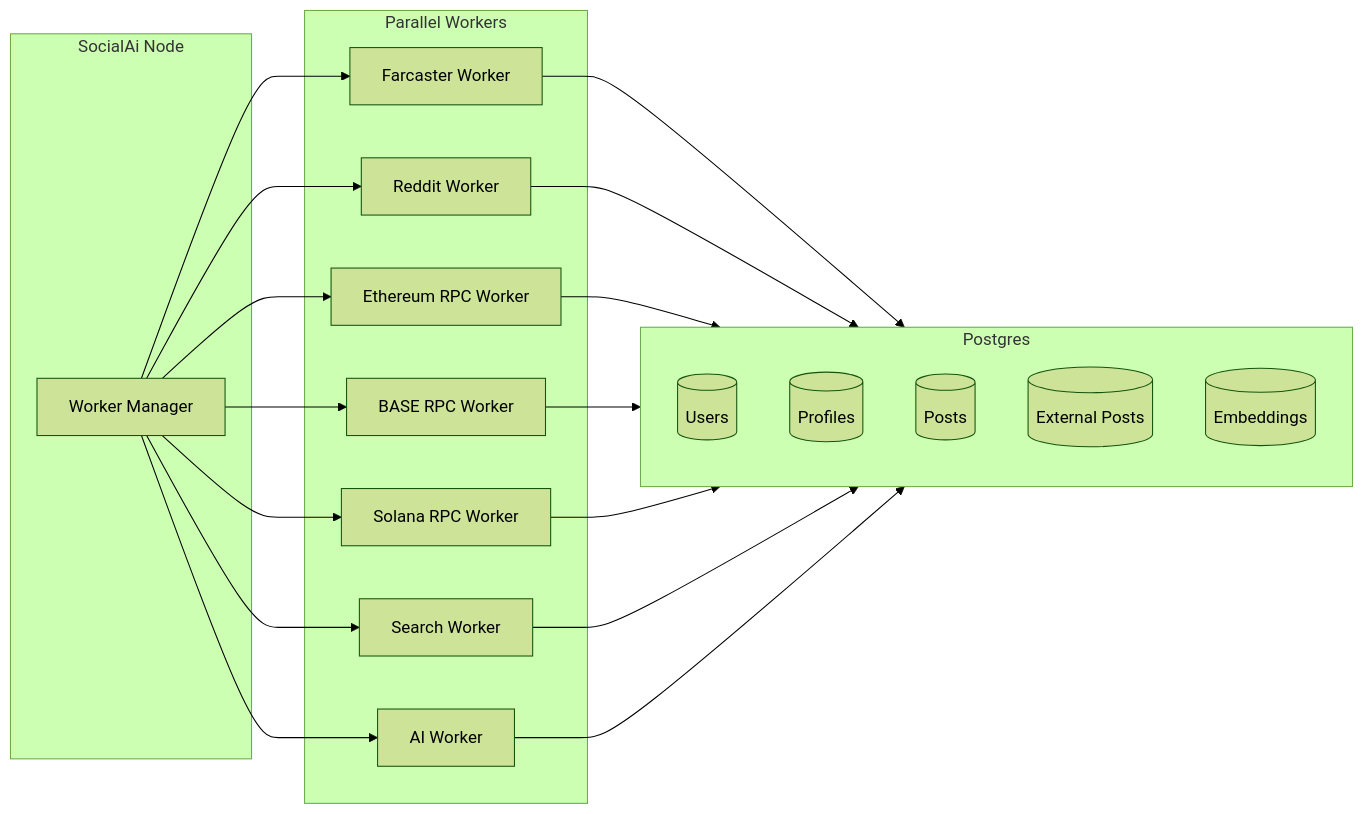
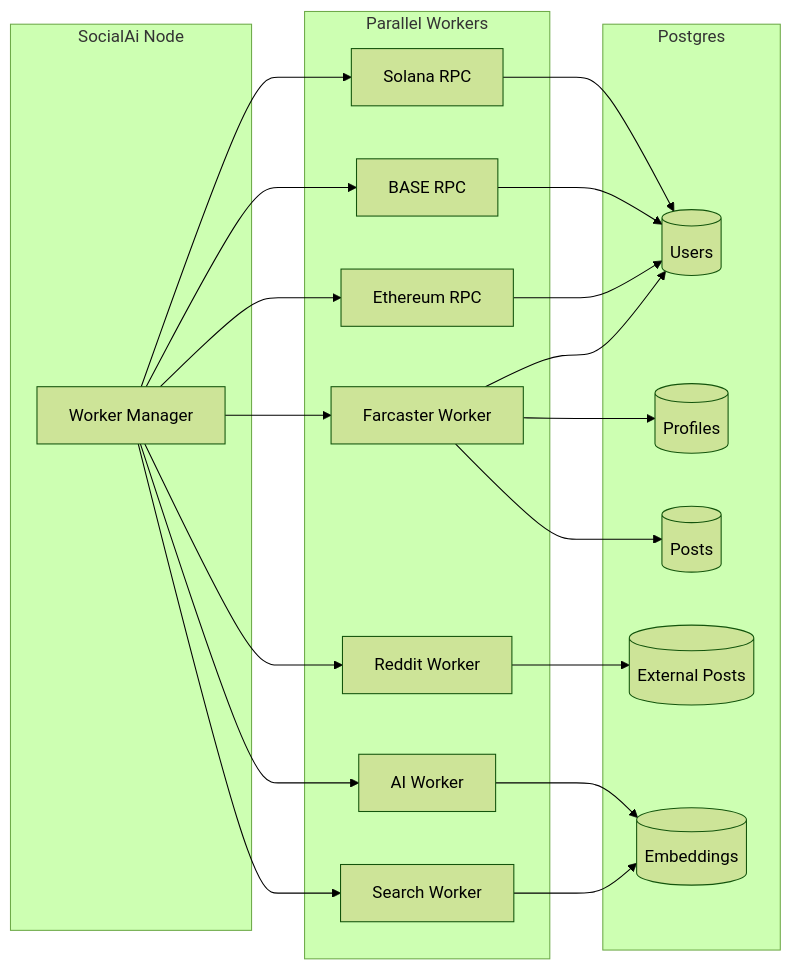
One commit to SolanaRemix/SocialAi changed the third of 3 diagrams in ARCHITECTURE.md. Above: the diagram before and after it, drawn with Mermaid (forest theme).

Commit message:
Fix worker naming consistency and database connections in orchestration diagram

````diff
--- a/ARCHITECTURE.md
+++ b/ARCHITECTURE.md
@@ -115,41 +115,43 @@
 ```mermaid
 flowchart LR
 
     subgraph Orchestrator["SocialAi Node"]
         O1[Worker Manager]
     end
 
     subgraph Workers["Parallel Workers"]
         W1[Farcaster Worker]
         W2[Reddit Worker]
-        W3[Ethereum RPC Worker]
-        W4[BASE RPC Worker]
-        W5[Solana RPC Worker]
+        W3[Ethereum RPC]
+        W4[BASE RPC]
+        W5[Solana RPC]
         W6[Search Worker]
         W7[AI Worker]
     end
 
     subgraph DB["Postgres"]
         D1[(Users)]
         D2[(Profiles)]
         D3[(Posts)]
         D4[(External Posts)]
         D5[(Embeddings)]
     end
 
     O1 --> W1
     O1 --> W2
     O1 --> W3
     O1 --> W4
     O1 --> W5
     O1 --> W6
     O1 --> W7
 
-    W1 --> DB
-    W2 --> DB
-    W3 --> DB
-    W4 --> DB
-    W5 --> DB
-    W6 --> DB
-    W7 --> DB
+    W1 --> D1
+    W1 --> D2
+    W1 --> D3
+    W2 --> D4
+    W3 --> D1
+    W4 --> D1
+    W5 --> D1
+    W6 --> D5
+    W7 --> D5
 ```
````
